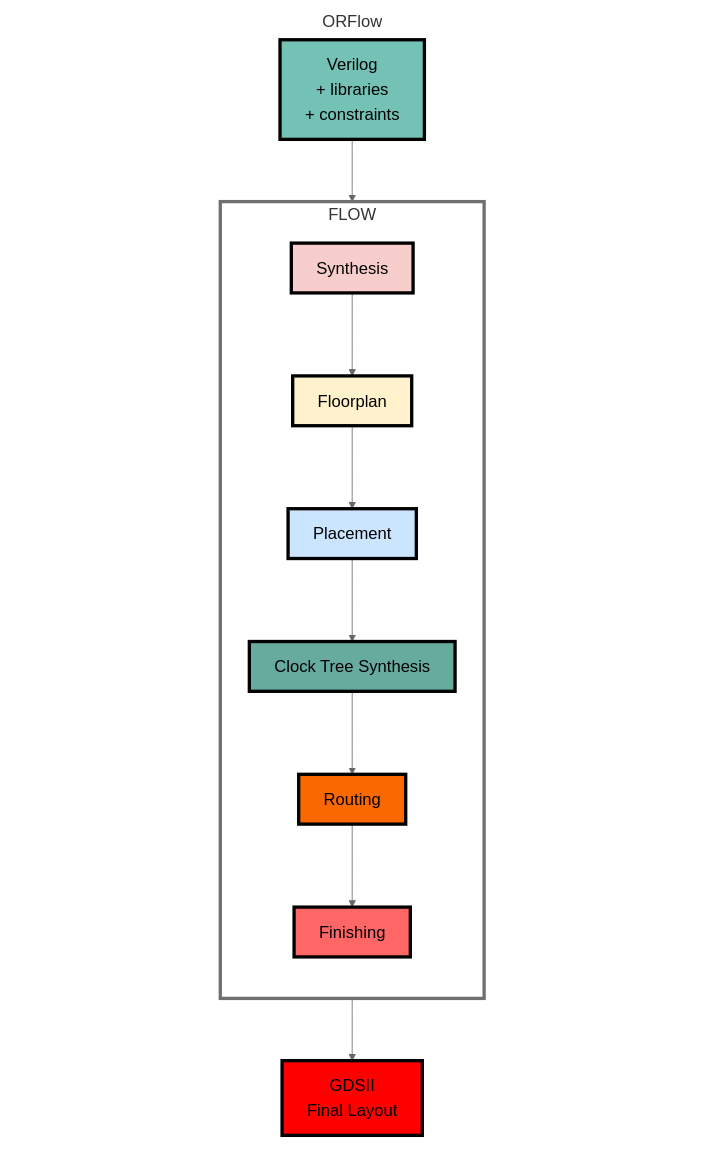
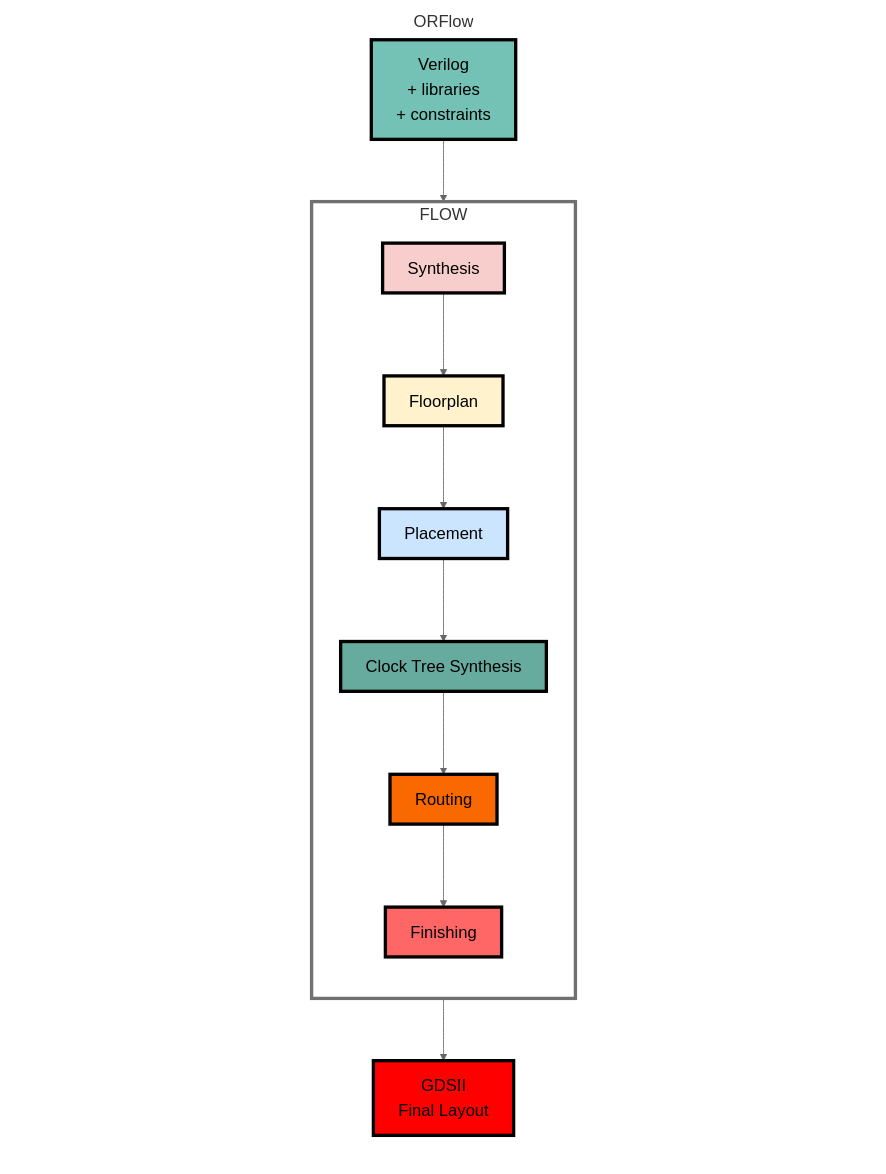
The first of 2 diagrams in README.md (The-OpenROAD-Project/OpenROAD), drawn with Mermaid before and after one commit.

Commit message:
add 2 more boxes

````diff
--- a/README.md
+++ b/README.md
@@ -15,51 +15,55 @@
 ```mermaid
 %%{
   init: {
     'theme': 'neutral',
     'themeVariables': {
       'textColor': '#000000',
       'noteTextColor' : '#000000',
       'fontSize': '20px'
     }
   }
 }%%
 
 flowchart LR
-    b0[ ] --- b1[ ] --- ORFlow --- b2[ ] --- b3[ ]
+    b0[ ] --- b2[ ] --- b4[ ] --- ORFlow --- b1[ ] --- b3[ ] --- b5[ ]
     style b0 stroke-width:0px, fill: #FFFFFF00
     style b1 stroke-width:0px, fill: #FFFFFF00
     style b2 stroke-width:0px, fill: #FFFFFF00
     style b3 stroke-width:0px, fill: #FFFFFF00
+    style b4 stroke-width:0px, fill: #FFFFFF00
+    style b5 stroke-width:0px, fill: #FFFFFF00
     linkStyle 0 stroke-width:0px
     linkStyle 1 stroke-width:0px
     linkStyle 2 stroke-width:0px
     linkStyle 3 stroke-width:0px
+    linkStyle 4 stroke-width:0px
+    linkStyle 5 stroke-width:0px
 
 
     subgraph ORFlow
     direction TB
     style ORFlow fill:#ffffff00, stroke-width:0px
         A[Verilog\n+ libraries\n + constraints] --> FLOW
         style A fill:#74c2b5,stroke:#000000,stroke-width:4px
         subgraph FLOW
         style FLOW fill:#FFFFFF00,stroke-width:4px
 
         direction TB
             B[Synthesis]
             B --> C[Floorplan]
             C --> D[Placement]
             D --> E[Clock Tree Synthesis]
             E --> F[Routing]
             F --> G[Finishing]
             style B fill:#f8cecc,stroke:#000000,stroke-width:4px
             style C fill:#fff2cc,stroke:#000000,stroke-width:4px
             style D fill:#cce5ff,stroke:#000000,stroke-width:4px
             style E fill:#67ab9f,stroke:#000000,stroke-width:4px
             style F fill:#fa6800,stroke:#000000,stroke-width:4px
             style G fill:#ff6666,stroke:#000000,stroke-width:4px
         end
 
         FLOW --> H[GDSII\n Final Layout]
         style H fill:#ff0000,stroke:#000000,stroke-width:4px
     end
 ```
````
